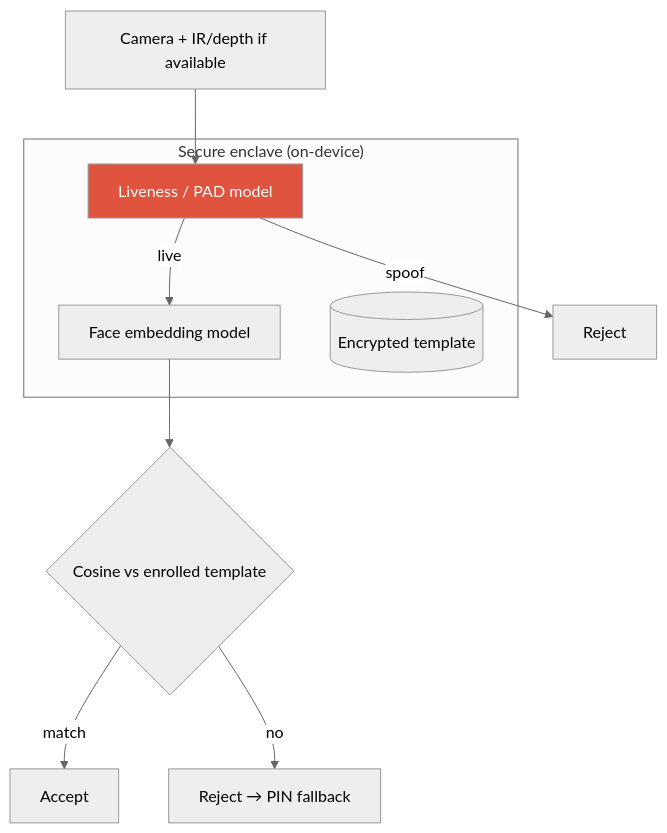
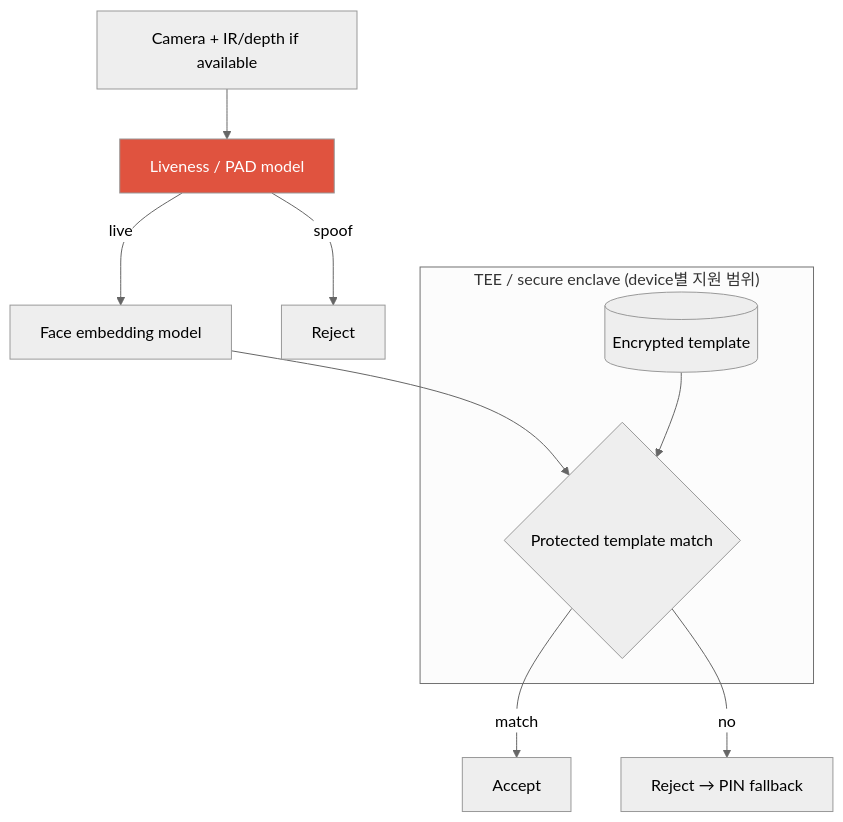
One commit to beomyoung-kim/ml_study changed the fifth of 7 diagrams in content/system-design/case-studies.ko.md. Above: the diagram before and after it, drawn with Mermaid (neutral theme). The commit also changed other lines of this file and 209 other files, not shown here.

````diff
--- a/content/system-design/case-studies.ko.md
+++ b/content/system-design/case-studies.ko.md
@@ -246,15 +246,15 @@
 ```mermaid
 flowchart TB
   Cam[Camera + IR/depth if available] --> Live[Liveness / PAD model]
   Live -->|spoof| Rej[Reject]
   Live -->|live| Emb[Face embedding model]
-  Emb --> M{Cosine vs enrolled template}
+  Emb --> M
+  subgraph SE["TEE / secure enclave (device별 지원 범위)"]
+    Tpl[(Encrypted template)]
+    M{Protected template match}
+  end
+  Tpl --> M
   M -->|match| Acc[Accept]
   M -->|no| Fb[Reject → PIN fallback]
-  subgraph SE["Secure enclave (on-device)"]
-    Live
-    Emb
-    Tpl[(Encrypted template)]
-  end
   style Live fill:#e0533f,color:#fff
 ```
````
